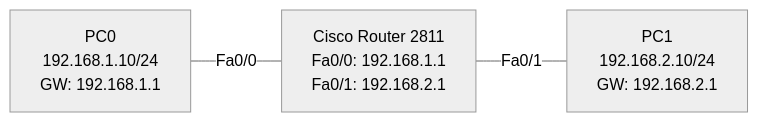
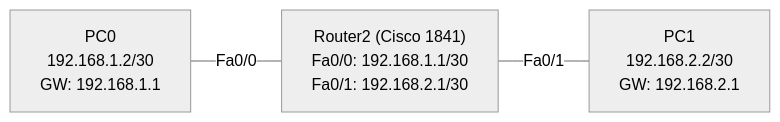
Before and after one commit to ertval/deep-in-net: the fourth of 9 diagrams in README.md, drawn with Mermaid (neutral theme). The commit also changed other lines of this file and 13 other files, not shown here.

````diff
--- a/README.md
+++ b/README.md
@@ -469,5 +445,5 @@
 ```mermaid
 graph LR
-    PC0["PC0<br/>192.168.1.10/24<br/>GW: 192.168.1.1"] ---|Fa0/0| R1["Cisco Router 2811<br/>Fa0/0: 192.168.1.1<br/>Fa0/1: 192.168.2.1"]
-    R1 ---|Fa0/1| PC1["PC1<br/>192.168.2.10/24<br/>GW: 192.168.2.1"]
+    PC0["PC0<br/>192.168.1.2/30<br/>GW: 192.168.1.1"] ---|Fa0/0| R2["Router2 (Cisco 1841)<br/>Fa0/0: 192.168.1.1/30<br/>Fa0/1: 192.168.2.1/30"]
+    R2 ---|Fa0/1| PC1["PC1<br/>192.168.2.2/30<br/>GW: 192.168.2.1"]
 ```
````
